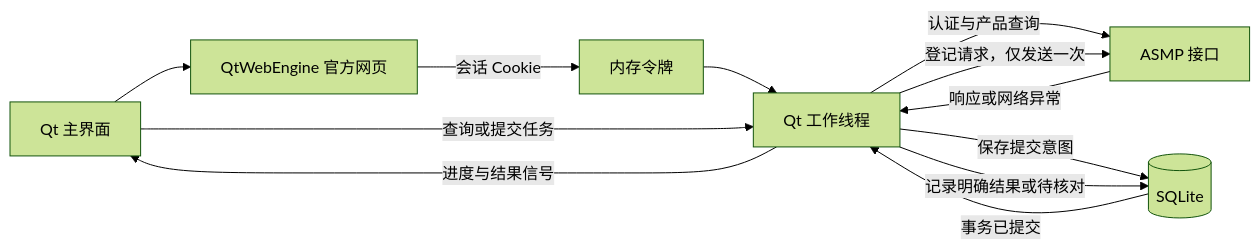
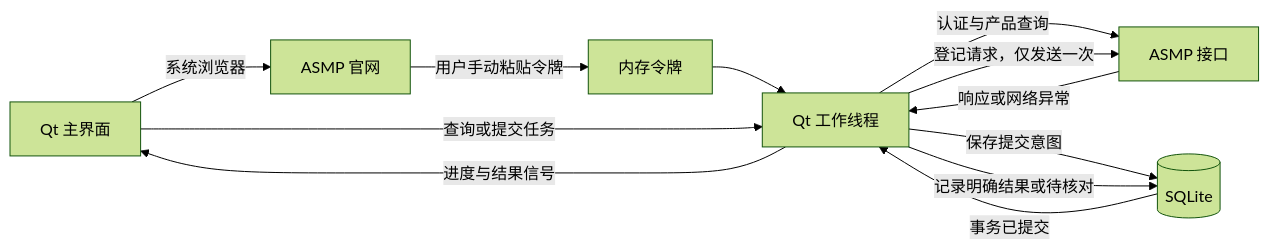
Before and after one commit to szrd2026/hikvision-asmp-tools: the diagram in docs/python-refactor.md, drawn with Mermaid (forest theme). The commit also changed other lines of this file and 22 other files, not shown here.

````diff
--- a/docs/python-refactor.md
+++ b/docs/python-refactor.md
@@ -9,14 +9,14 @@
 ```mermaid
 flowchart LR
-    UI[Qt 主界面] --> Login[QtWebEngine 官方网页]
-    Login -->|会话 Cookie| Memory[内存令牌]
+    UI[Qt 主界面] -->|系统浏览器| Login[ASMP 官网]
+    Login -->|用户手动粘贴令牌| Memory[内存令牌]
     Memory --> Worker[Qt 工作线程]
     UI -->|查询或提交任务| Worker
     Worker -->|认证与产品查询| ASMP[ASMP 接口]
     Worker -->|保存提交意图| DB[(SQLite)]
     DB -->|事务已提交| Worker
     Worker -->|登记请求，仅发送一次| ASMP
     ASMP -->|响应或网络异常| Worker
     Worker -->|记录明确结果或待核对| DB
     Worker -->|进度与结果信号| UI
 ```
````
